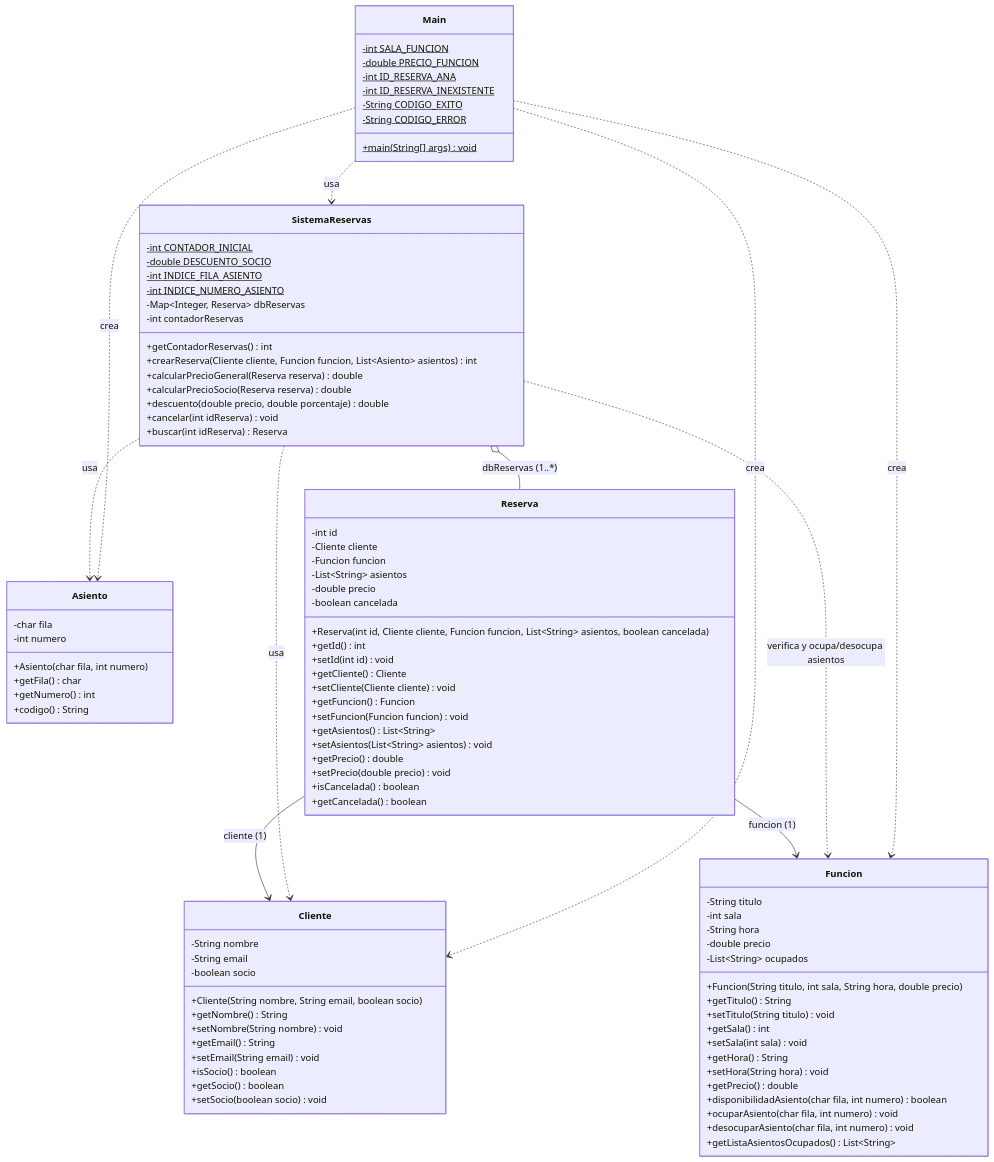
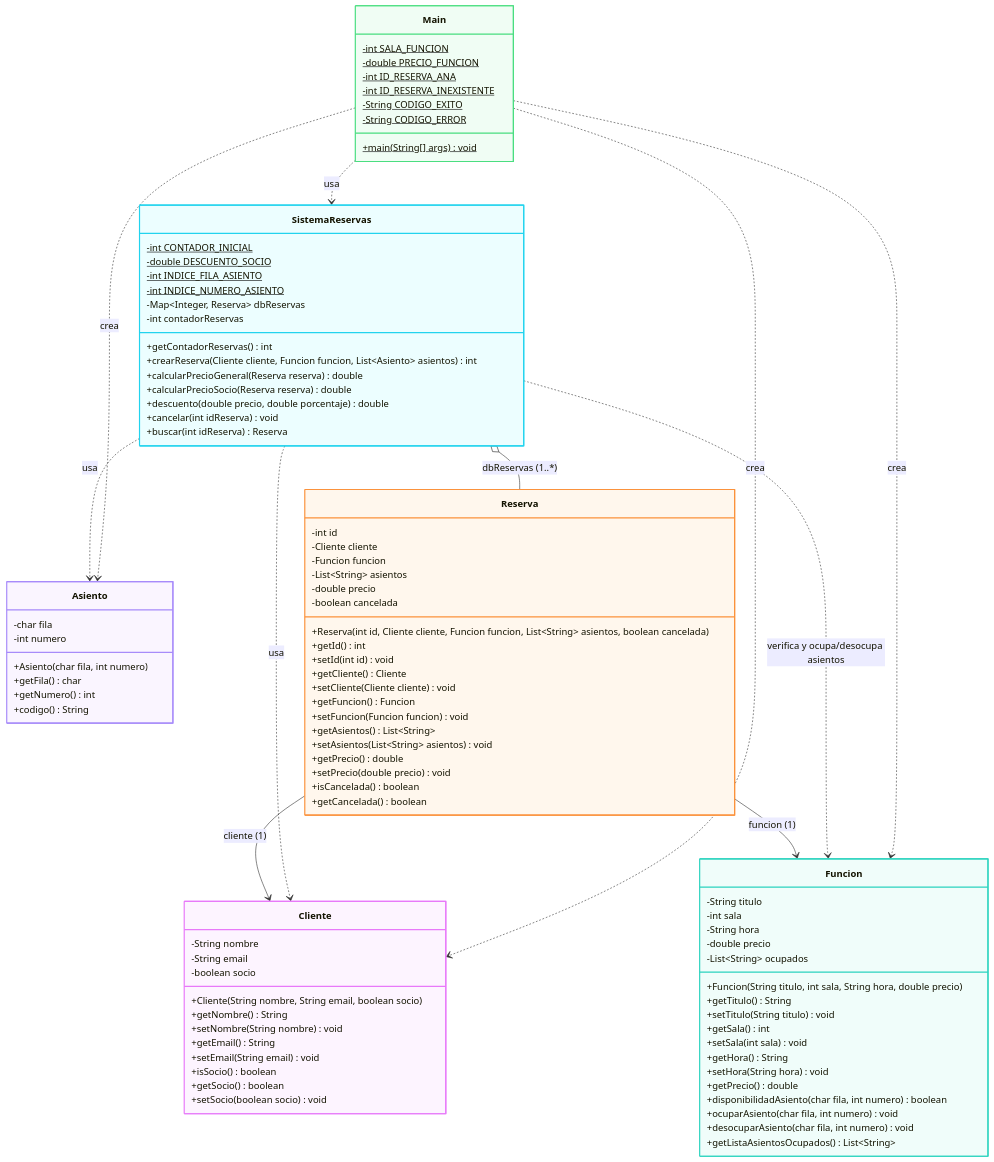
One commit to Emmanuel-Flores-Noh/cs_actividad2.9 changed the diagram in diagramas/diagrama-refactorizado.mmd. Above: the diagram before and after it, drawn with Mermaid. The commit also changed 3 other files, not shown here.

Commit message:
Actualiza diagrama-refactorizado.png con fondo blanco solido y estilos visuales coincidentes

```diff
--- a/diagramas/diagrama-refactorizado.mmd
+++ b/diagramas/diagrama-refactorizado.mmd
@@ -1,106 +1,113 @@
 classDiagram
     direction TB
 
     class Main {
         -int SALA_FUNCION$
         -double PRECIO_FUNCION$
         -int ID_RESERVA_ANA$
         -int ID_RESERVA_INEXISTENTE$
         -String CODIGO_EXITO$
         -String CODIGO_ERROR$
         +main(String[] args)$ void
     }
 
     class SistemaReservas {
         -int CONTADOR_INICIAL$
         -double DESCUENTO_SOCIO$
         -int INDICE_FILA_ASIENTO$
         -int INDICE_NUMERO_ASIENTO$
         -Map~Integer, Reserva~ dbReservas
         -int contadorReservas
         +getContadorReservas() int
         +crearReserva(Cliente cliente, Funcion funcion, List~Asiento~ asientos) int
         +calcularPrecioGeneral(Reserva reserva) double
         +calcularPrecioSocio(Reserva reserva) double
         +descuento(double precio, double porcentaje) double
         +cancelar(int idReserva) void
         +buscar(int idReserva) Reserva
     }
 
     class Asiento {
         -char fila
         -int numero
         +Asiento(char fila, int numero)
         +getFila() char
         +getNumero() int
         +codigo() String
     }
 
     class Reserva {
         -int id
         -Cliente cliente
         -Funcion funcion
         -List~String~ asientos
         -double precio
         -boolean cancelada
         +Reserva(int id, Cliente cliente, Funcion funcion, List~String~ asientos, boolean cancelada)
         +getId() int
         +setId(int id) void
         +getCliente() Cliente
         +setCliente(Cliente cliente) void
         +getFuncion() Funcion
         +setFuncion(Funcion funcion) void
         +getAsientos() List~String~
         +setAsientos(List~String~ asientos) void
         +getPrecio() double
         +setPrecio(double precio) void
         +isCancelada() boolean
         +getCancelada() boolean
     }
 
     class Cliente {
         -String nombre
         -String email
         -boolean socio
         +Cliente(String nombre, String email, boolean socio)
         +getNombre() String
         +setNombre(String nombre) void
         +getEmail() String
         +setEmail(String email) void
         +isSocio() boolean
         +getSocio() boolean
         +setSocio(boolean socio) void
     }
 
     class Funcion {
         -String titulo
         -int sala
         -String hora
         -double precio
         -List~String~ ocupados
         +Funcion(String titulo, int sala, String hora, double precio)
         +getTitulo() String
         +setTitulo(String titulo) void
         +getSala() int
         +setSala(int sala) void
         +getHora() String
         +setHora(String hora) void
         +getPrecio() double
         +disponibilidadAsiento(char fila, int numero) boolean
         +ocuparAsiento(char fila, int numero) void
         +desocuparAsiento(char fila, int numero) void
         +getListaAsientosOcupados() List~String~
     }
 
     Main ..> SistemaReservas : usa
     Main ..> Funcion : crea
     Main ..> Cliente : crea
     Main ..> Asiento : crea
 
     SistemaReservas o-- Reserva : dbReservas (1..*)
     SistemaReservas ..> Asiento : usa
     SistemaReservas ..> Cliente : usa
     SistemaReservas ..> Funcion : verifica y ocupa/desocupa asientos
 
     Reserva --> Cliente : cliente (1)
     Reserva --> Funcion : funcion (1)
+
+    style Main fill:#f0fdf4,stroke:#4ade80,stroke-width:2px
+    style SistemaReservas fill:#ecfeff,stroke:#22d3ee,stroke-width:2px
+    style Reserva fill:#fff7ed,stroke:#fb923c,stroke-width:2px
+    style Cliente fill:#fdf4ff,stroke:#e879f9,stroke-width:2px
+    style Funcion fill:#f0fdfa,stroke:#2dd4bf,stroke-width:2px
+    style Asiento fill:#faf5ff,stroke:#a78bfa,stroke-width:2px
```
